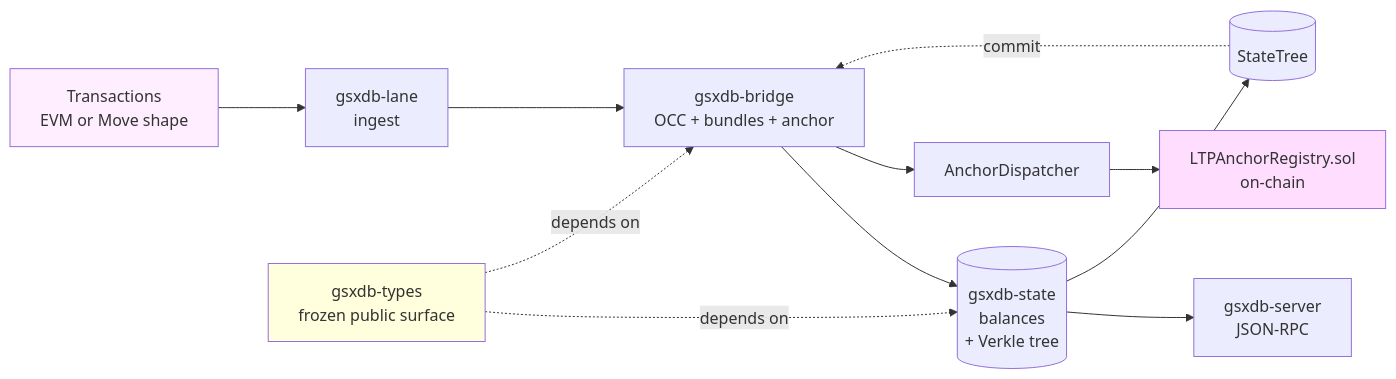
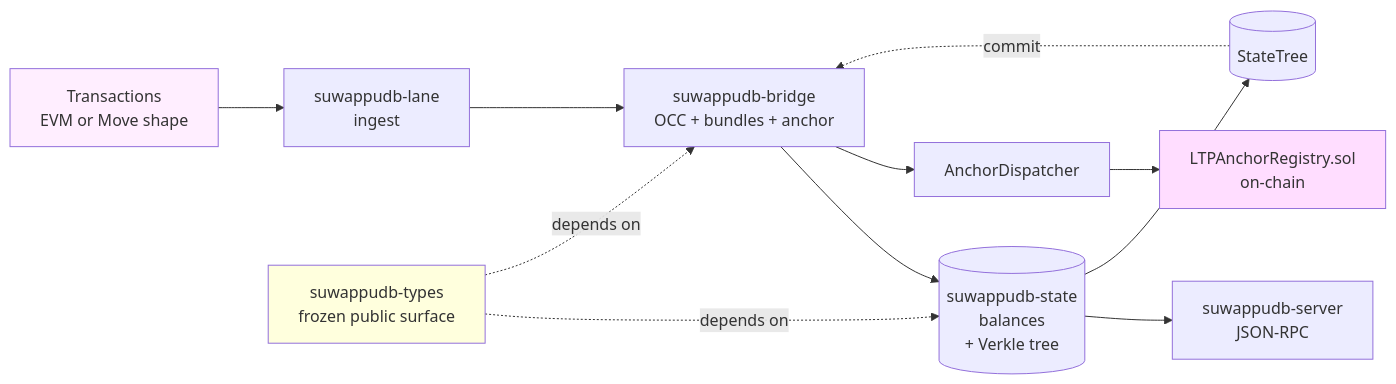
The diagram in README.md (Suwappu-Labs/suwappu-db), drawn with Mermaid before and after one commit. The commit also changed other lines of this file and 232 other files, not shown here.

````diff
--- a/README.md
+++ b/README.md
@@ -36,19 +36,19 @@
 ```mermaid
 flowchart LR
     Tx[Transactions<br/>EVM or Move shape]
-    Tx --> Lane[gsxdb-lane<br/>ingest]
-    Lane --> Bridge[gsxdb-bridge<br/>OCC + bundles + anchor]
-    Bridge --> State[(gsxdb-state<br/>balances<br/>+ Verkle tree)]
+    Tx --> Lane[suwappudb-lane<br/>ingest]
+    Lane --> Bridge[suwappudb-bridge<br/>OCC + bundles + anchor]
+    Bridge --> State[(suwappudb-state<br/>balances<br/>+ Verkle tree)]
     Bridge --> Anchor[AnchorDispatcher]
     Anchor --> LTP[LTPAnchorRegistry.sol<br/>on-chain]
-    State --> Server[gsxdb-server<br/>JSON-RPC]
+    State --> Server[suwappudb-server<br/>JSON-RPC]
     State --> Tree[(StateTree)]
     Tree -.commit.-> Bridge
 
-    Types[gsxdb-types<br/>frozen public surface] -.depends on.-> State
+    Types[suwappudb-types<br/>frozen public surface] -.depends on.-> State
     Types -.depends on.-> Bridge
 
     style Tx fill:#fef
     style LTP fill:#fdf
     style Types fill:#ffd
 ```
````
